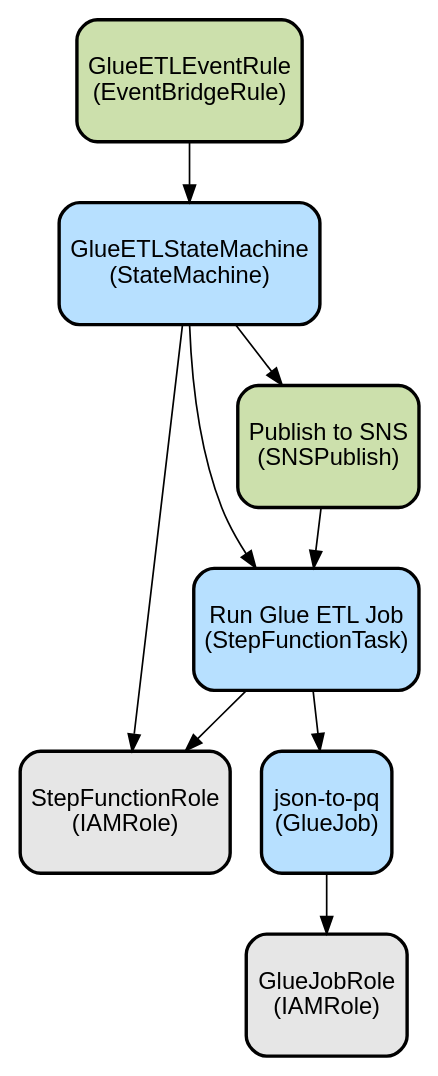
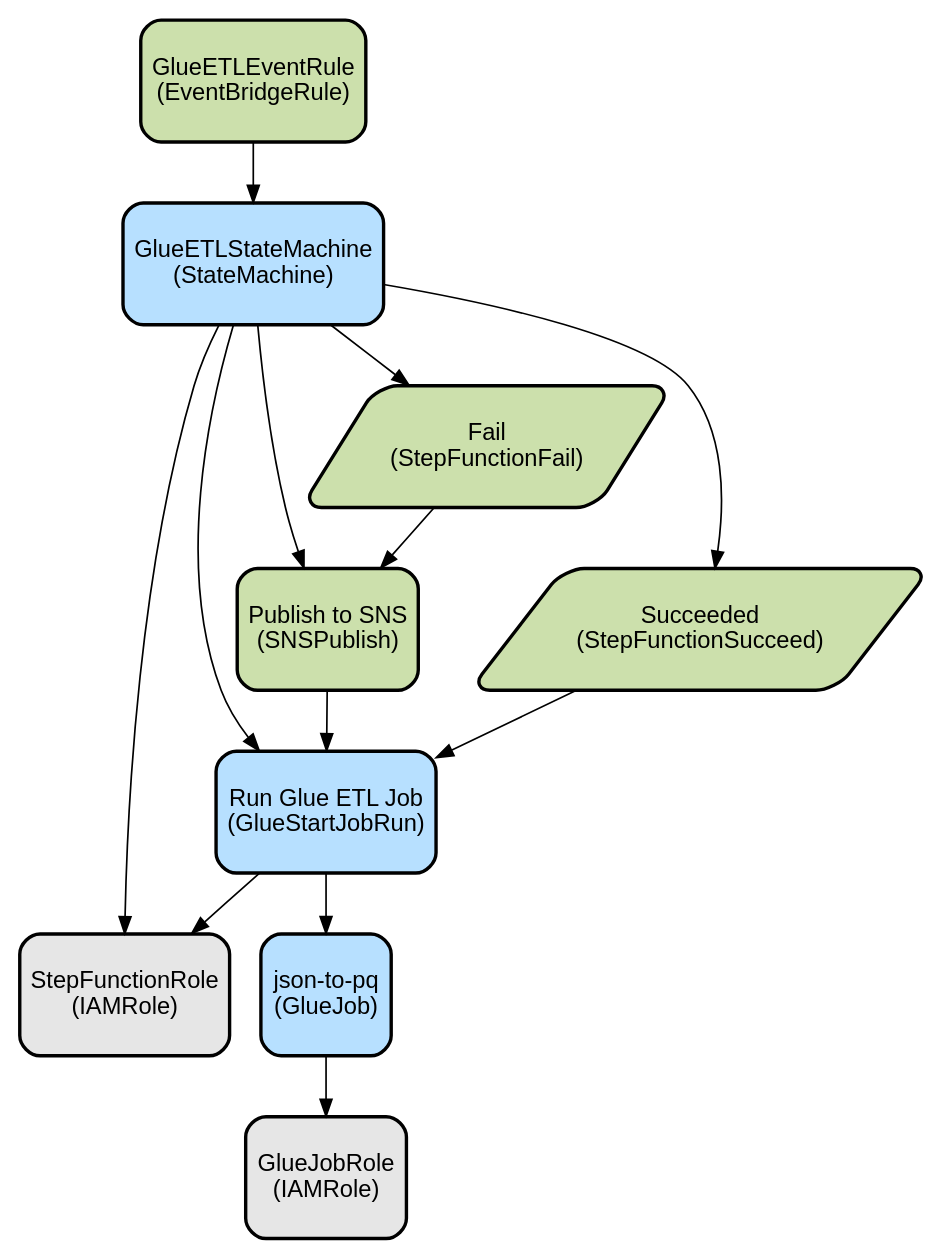
Before and after one commit to psachdev6375/glue-cdk-example: the diagram in docs/infra.dot, drawn with Graphviz. The commit also changed 8 other files, not shown here.

```diff
--- a/docs/infra.dot
+++ b/docs/infra.dot
@@ -1,25 +1,33 @@
 digraph INFRA {
   node [ color = "black", fillcolor = "#E6E6E6", height =1, style = "filled,bold,rounded", fontname = "Arial" ];
   "GlueJobRole" [ label = "GlueJobRole
 (IAMRole)", shape =rectangle ];
   "json-to-pq" [ label = "json-to-pq
 (GlueJob)", shape =rectangle, fillcolor = "#B7E0FF" ];
   "StepFunctionRole" [ label = "StepFunctionRole
 (IAMRole)", shape =rectangle ];
   "Run Glue ETL Job" [ label = "Run Glue ETL Job
-(StepFunctionTask)", shape =rectangle, fillcolor = "#B7E0FF" ];
+(GlueStartJobRun)", shape =rectangle, fillcolor = "#B7E0FF" ];
   "Publish to SNS" [ label = "Publish to SNS
 (SNSPublish)", shape =rectangle, fillcolor = "#CCE0AC" ];
+  "Fail" [ label = "Fail
+(StepFunctionFail)", shape =parallelogram, fillcolor = "#CCE0AC" ];
+  "Succeeded" [ label = "Succeeded
+(StepFunctionSucceed)", shape =parallelogram, fillcolor = "#CCE0AC" ];
   "GlueETLStateMachine" [ label = "GlueETLStateMachine
 (StateMachine)", shape =rectangle, fillcolor = "#B7E0FF" ];
   "GlueETLEventRule" [ label = "GlueETLEventRule
 (EventBridgeRule)", shape =rectangle, fillcolor = "#CCE0AC" ];
   "json-to-pq" -> "GlueJobRole";
   "Run Glue ETL Job" -> "json-to-pq";
   "Run Glue ETL Job" -> "StepFunctionRole";
   "Publish to SNS" -> "Run Glue ETL Job";
+  "Fail" -> "Publish to SNS";
+  "Succeeded" -> "Run Glue ETL Job";
   "GlueETLStateMachine" -> "Run Glue ETL Job";
   "GlueETLStateMachine" -> "StepFunctionRole";
   "GlueETLStateMachine" -> "Publish to SNS";
+  "GlueETLStateMachine" -> "Fail";
+  "GlueETLStateMachine" -> "Succeeded";
   "GlueETLEventRule" -> "GlueETLStateMachine";
 }
```
